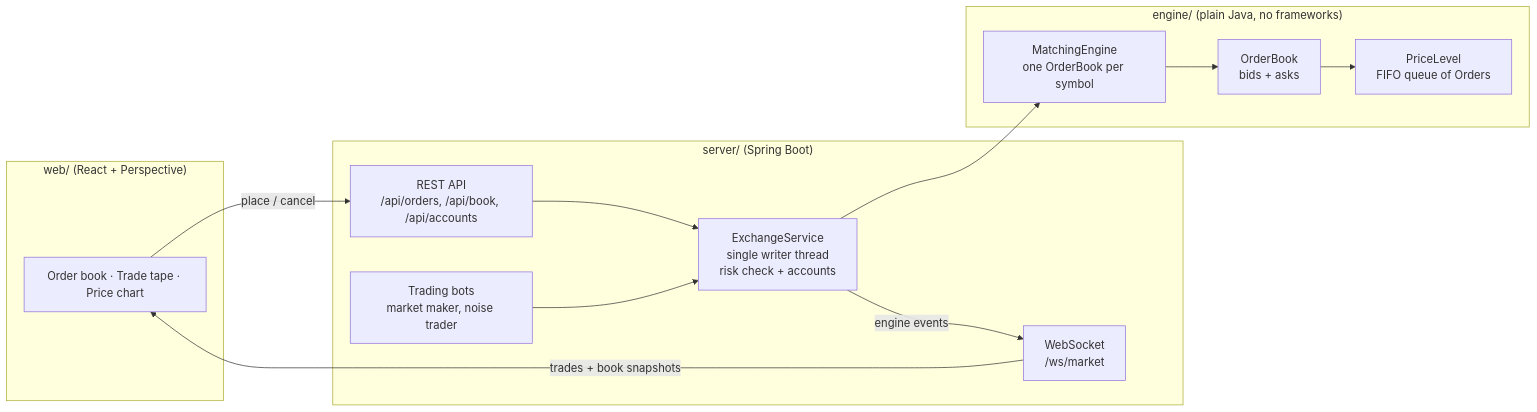
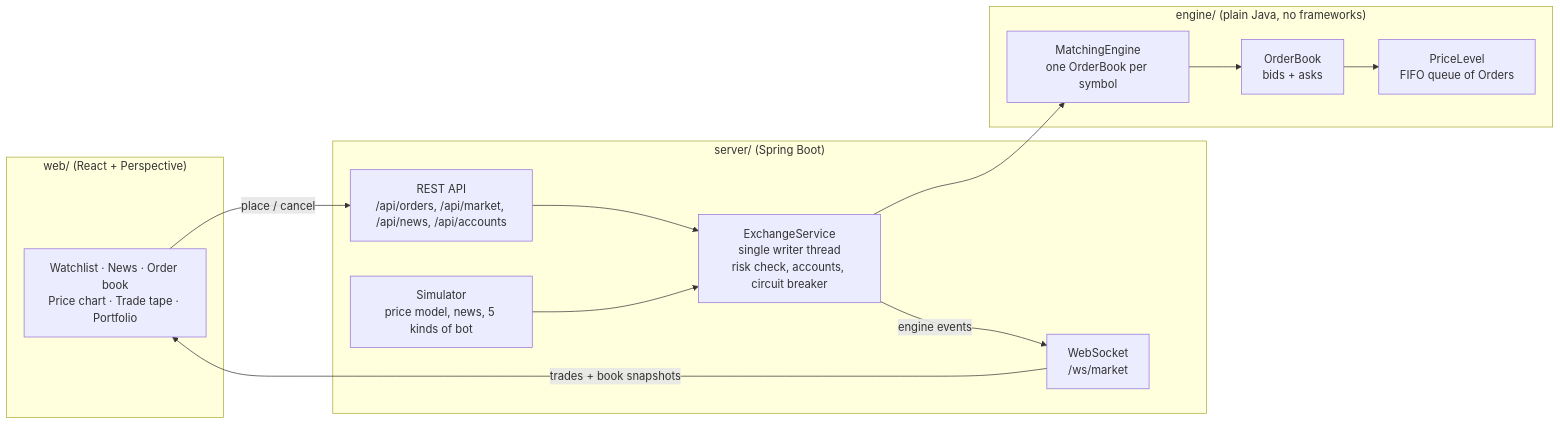
One commit to MannanHanda/clyde-exchange changed the diagram in README.md. Above: the diagram before and after it, drawn with Mermaid. The commit also changed other lines of this file and 47 other files, not shown here.

First line of the commit message:
Make the market more real: ten symbols, stop orders, new bots, halts, news

````diff
--- a/README.md
+++ b/README.md
@@ -15,27 +15,27 @@
 ```mermaid
 flowchart LR
     subgraph web["web/ (React + Perspective)"]
-        UI["Order book · Trade tape · Price chart"]
+        UI["Watchlist · News · Order book<br/>Price chart · Trade tape · Portfolio"]
     end
 
     subgraph server["server/ (Spring Boot)"]
-        REST["REST API<br/>/api/orders, /api/book, /api/accounts"]
+        REST["REST API<br/>/api/orders, /api/market, /api/news, /api/accounts"]
         WS["WebSocket<br/>/ws/market"]
-        BOTS["Trading bots<br/>market maker, noise trader"]
-        SVC["ExchangeService<br/>single writer thread<br/>risk check + accounts"]
+        BOTS["Simulator<br/>price model, news, 5 kinds of bot"]
+        SVC["ExchangeService<br/>single writer thread<br/>risk check, accounts, circuit breaker"]
     end
 
     subgraph engine["engine/ (plain Java, no frameworks)"]
         ME["MatchingEngine<br/>one OrderBook per symbol"]
         OB["OrderBook<br/>bids + asks"]
         PL["PriceLevel<br/>FIFO queue of Orders"]
     end
 
     UI -- "place / cancel" --> REST
     WS -- "trades + book snapshots" --> UI
     REST --> SVC
     BOTS --> SVC
     SVC --> ME
     ME --> OB --> PL
     SVC -- "engine events" --> WS
 ```
````
